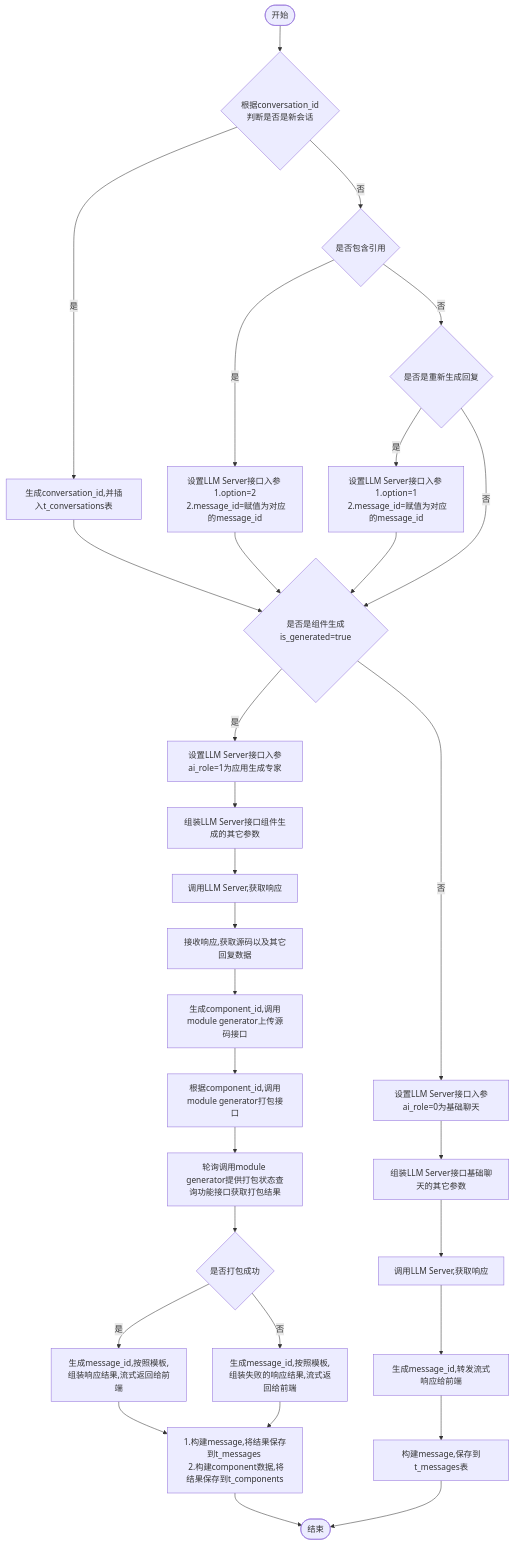
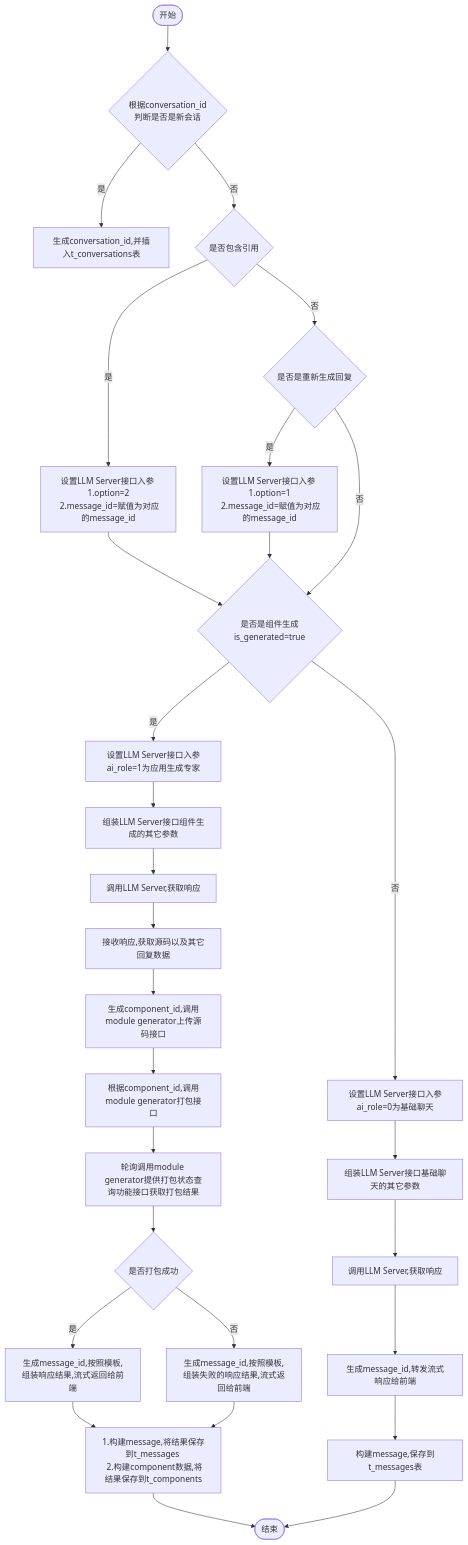
Before and after one commit to yingjianzh/iodraw-files: the diagram in all/w3-会话-不需要传递message.md, drawn with Mermaid.

Commit message:
2024-10-14 11:14:19 update

````diff
--- a/all/w3-会话-不需要传递message.md
+++ b/all/w3-会话-不需要传递message.md
@@ -1,35 +1,35 @@
 ```mermaid
 flowchart TD
     A([开始]) --> B{根据conversation_id \n 判断是否是新会话}
     B -- 是 --> C[生成conversation_id,并插入t_conversations表]
     B -- 否 --> D{是否包含引用}
     D -- 是 --> E[设置LLM Server接口入参 \n 1.option=2 \n 2.message_id=赋值为对应的message_id]
     D -- 否 --> F{是否是重新生成回复}
     F -- 是 --> G[设置LLM Server接口入参 \n 1.option=1 \n 2.message_id=赋值为对应的message_id]
     F -- 否 --> I
      
-    C & E & G --> I{是否是组件生成is_generated=true}
+    E & G --> I{是否是组件生成is_generated=true}
     I -- 是 --> J[设置LLM Server接口入参ai_role=1为应用生成专家]
     I -- 否 --> K[设置LLM Server接口入参ai_role=0为基础聊天]
 
 
     J --> L[组装LLM Server接口组件生成的其它参数]    
     K --> M[组装LLM Server接口基础聊天的其它参数]    
     M --> N[调用LLM Server,获取响应]    
     N --> O[生成message_id,转发流式响应给前端]
     O --> P[构建message,保存到t_messages表]
     P --> R([结束])
 
 
     L --> S[调用LLM Server,获取响应]
     S --> T[接收响应,获取源码以及其它回复数据]
     T --> U[生成component_id,调用module generator上传源码接口]
     U --> V[根据component_id,调用module generator打包接口]
     V --> W[轮询调用module generator提供打包状态查询功能接口获取打包结果]
     W --> X{是否打包成功}
     X -- 是 --> Y[生成message_id,按照模板,组装响应结果,流式返回给前端]
     X -- 否 --> Z[生成message_id,按照模板,组装失败的响应结果,流式返回给前端]
 
     Y & Z --> Result[1.构建message,将结果保存到t_messages \n 2.构建component数据,将结果保存到t_components]
     Result --> R
 ```
````
